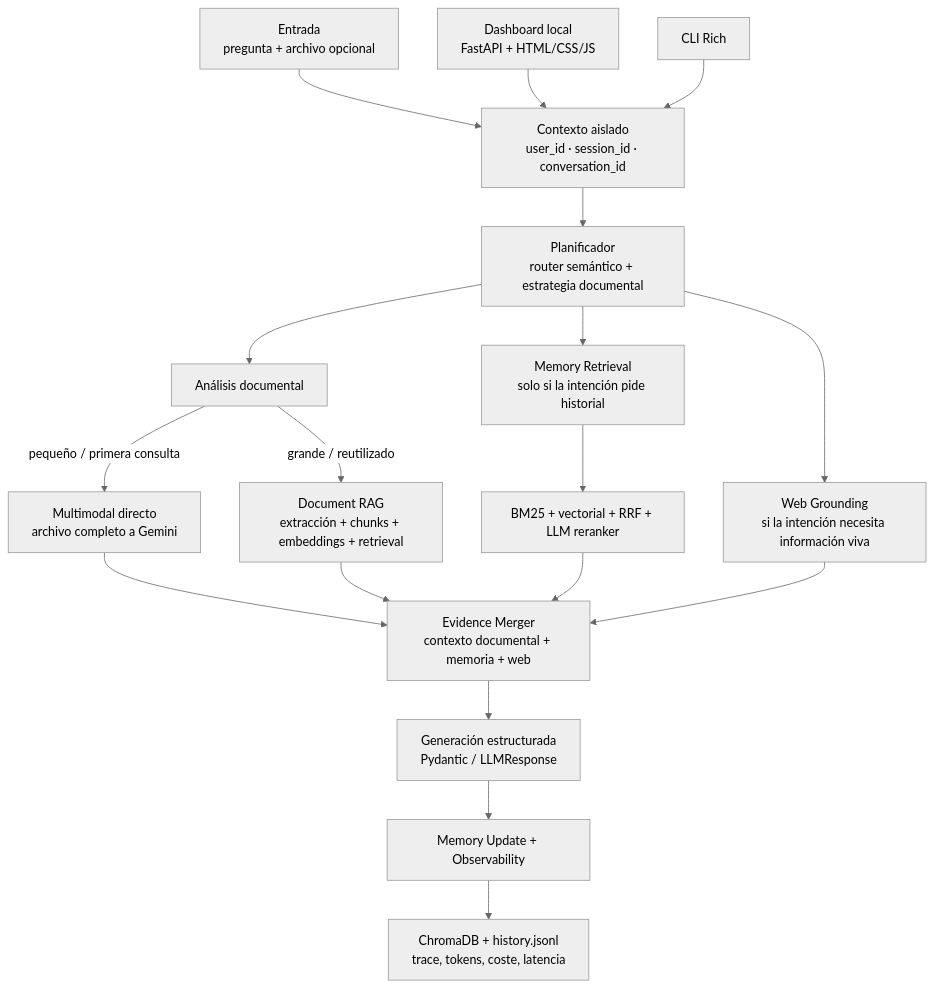
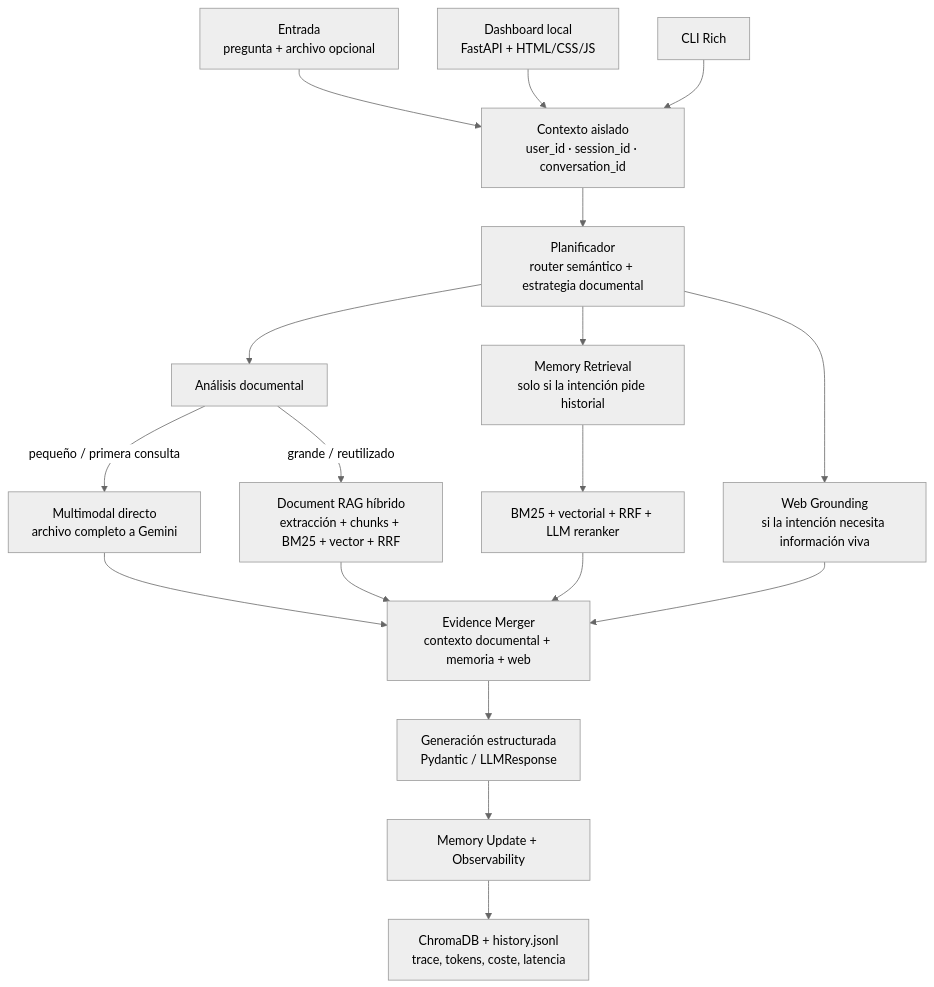
One commit to misikss/llm-cli changed the first of 2 diagrams in docs/architecture.md. Above: the diagram before and after it, drawn with Mermaid (neutral theme). The commit also changed other lines of this file and 7 other files, not shown here.

Commit message:
Añade Hybrid Document RAG con RRF

````diff
--- a/docs/architecture.md
+++ b/docs/architecture.md
@@ -10,24 +10,24 @@
 ```mermaid
 flowchart TD
     Input["Entrada<br/>pregunta + archivo opcional"] --> Scope["Contexto aislado<br/>user_id · session_id · conversation_id"]
     Scope --> Planner["Planificador<br/>router semántico + estrategia documental"]
 
     Planner --> Document["Análisis documental"]
     Document -->|"pequeño / primera consulta"| Direct["Multimodal directo<br/>archivo completo a Gemini"]
-    Document -->|"grande / reutilizado"| DocumentRAG["Document RAG<br/>extracción + chunks + embeddings + retrieval"]
+    Document -->|"grande / reutilizado"| DocumentRAG["Document RAG híbrido<br/>extracción + chunks + BM25 + vector + RRF"]
 
     Planner --> Memory["Memory Retrieval<br/>solo si la intención pide historial"]
     Memory --> Hybrid["BM25 + vectorial + RRF + LLM reranker"]
     Planner --> Web["Web Grounding<br/>si la intención necesita información viva"]
 
     Direct --> Evidence["Evidence Merger<br/>contexto documental + memoria + web"]
     DocumentRAG --> Evidence
     Hybrid --> Evidence
     Web --> Evidence
     Evidence --> Answer["Generación estructurada<br/>Pydantic / LLMResponse"]
     Answer --> Update["Memory Update + Observability"]
     Update --> Persist["ChromaDB + history.jsonl<br/>trace, tokens, coste, latencia"]
 
     Dashboard["Dashboard local<br/>FastAPI + HTML/CSS/JS"] --> Scope
     CLI["CLI Rich"] --> Scope
 ```
````
